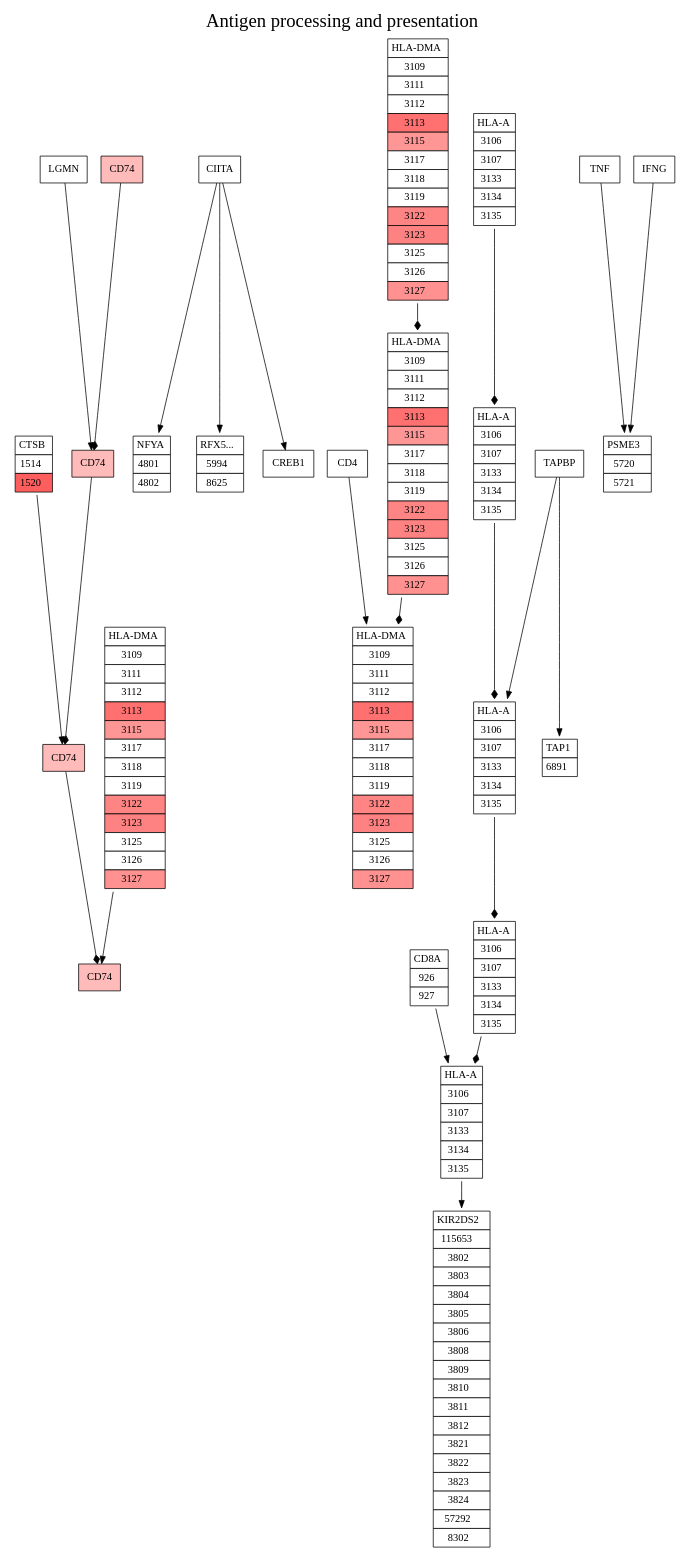
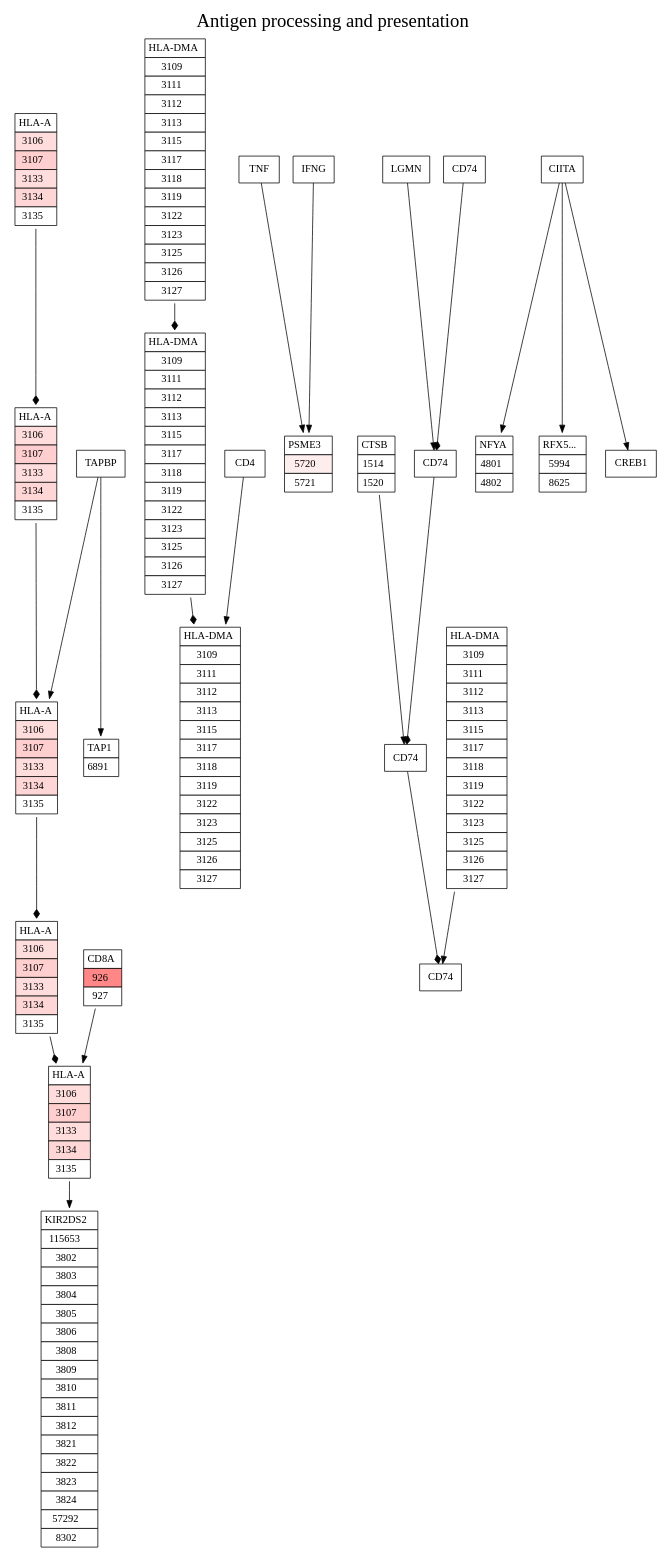
Before and after one commit to harryhaller001/keggtools: the diagram in reproducibility/figures/figure5.dot, drawn with Graphviz. The commit also changed 13 other files, not shown here.

```diff
--- a/reproducibility/figures/figure5.dot
+++ b/reproducibility/figures/figure5.dot
@@ -1,58 +1,58 @@
 digraph pathway {
-arrowhead=normal;
 bgcolor="#ffffff";
+labelloc=t;
+label="Antigen processing and presentation";
 fontsize=25;
-label="Antigen processing and presentation";
-labelloc=t;
 rankdir=TB;
 splines=normal;
-17 [color="#000000", fillcolor="#ffbaba", label=CD74, shape=rectangle, style=filled];
-18 [color="#000000", fillcolor="#ffbaba", label=CD74, shape=rectangle, style=filled];
-19 [color="#000000", fillcolor="#ffffff", label=<<table border="0" cellborder="1" cellpadding="4" cellspacing="0"><tr><td bgcolor="#ffffff">HLA-DMA</td></tr><tr><td bgcolor="#ffffff">3109</td></tr><tr><td bgcolor="#ffffff">3111</td></tr><tr><td bgcolor="#ffffff">3112</td></tr><tr><td bgcolor="#ff7070">3113</td></tr><tr><td bgcolor="#ff9696">3115</td></tr><tr><td bgcolor="#ffffff">3117</td></tr><tr><td bgcolor="#ffffff">3118</td></tr><tr><td bgcolor="#ffffff">3119</td></tr><tr><td bgcolor="#ff8484">3122</td></tr><tr><td bgcolor="#ff8282">3123</td></tr><tr><td bgcolor="#ffffff">3125</td></tr><tr><td bgcolor="#ffffff">3126</td></tr><tr><td bgcolor="#ff9191">3127</td></tr></table>>, shape=plaintext, style=filled];
-20 [color="#000000", fillcolor="#ffffff", label=<<table border="0" cellborder="1" cellpadding="4" cellspacing="0"><tr><td bgcolor="#ffffff">NFYA</td></tr><tr><td bgcolor="#ffffff">4801</td></tr><tr><td bgcolor="#ffffff">4802</td></tr></table>>, shape=plaintext, style=filled];
-21 [color="#000000", fillcolor="#ffffff", label=<<table border="0" cellborder="1" cellpadding="4" cellspacing="0"><tr><td bgcolor="#ffffff">RFX5...</td></tr><tr><td bgcolor="#ffffff">5994</td></tr><tr><td bgcolor="#ffffff">8625</td></tr></table>>, shape=plaintext, style=filled];
-22 [color="#000000", fillcolor="#ffffff", label=CREB1, shape=rectangle, style=filled];
-23 [color="#000000", fillcolor="#ffffff", label=CIITA, shape=rectangle, style=filled];
-24 [color="#000000", fillcolor="#ffffff", label=<<table border="0" cellborder="1" cellpadding="4" cellspacing="0"><tr><td bgcolor="#ffffff">CTSB</td></tr><tr><td bgcolor="#ffffff">1514</td></tr><tr><td bgcolor="#ff5e5e">1520</td></tr></table>>, shape=plaintext, style=filled];
-25 [color="#000000", fillcolor="#ffffff", label=LGMN, shape=rectangle, style=filled];
-26 [color="#000000", fillcolor="#ffbaba", label=CD74, shape=rectangle, style=filled];
-27 [color="#000000", fillcolor="#ffbaba", label=CD74, shape=rectangle, style=filled];
-33 [color="#000000", fillcolor="#ffffff", label=CD4, shape=rectangle, style=filled];
-34 [color="#000000", fillcolor="#ffffff", label=<<table border="0" cellborder="1" cellpadding="4" cellspacing="0"><tr><td bgcolor="#ffffff">KIR2DS2</td></tr><tr><td bgcolor="#ffffff">115653</td></tr><tr><td bgcolor="#ffffff">3802</td></tr><tr><td bgcolor="#ffffff">3803</td></tr><tr><td bgcolor="#ffffff">3804</td></tr><tr><td bgcolor="#ffffff">3805</td></tr><tr><td bgcolor="#ffffff">3806</td></tr><tr><td bgcolor="#ffffff">3808</td></tr><tr><td bgcolor="#ffffff">3809</td></tr><tr><td bgcolor="#ffffff">3810</td></tr><tr><td bgcolor="#ffffff">3811</td></tr><tr><td bgcolor="#ffffff">3812</td></tr><tr><td bgcolor="#ffffff">3821</td></tr><tr><td bgcolor="#ffffff">3822</td></tr><tr><td bgcolor="#ffffff">3823</td></tr><tr><td bgcolor="#ffffff">3824</td></tr><tr><td bgcolor="#ffffff">57292</td></tr><tr><td bgcolor="#ffffff">8302</td></tr></table>>, shape=plaintext, style=filled];
-35 [color="#000000", fillcolor="#ffffff", label=<<table border="0" cellborder="1" cellpadding="4" cellspacing="0"><tr><td bgcolor="#ffffff">CD8A</td></tr><tr><td bgcolor="#ffffff">926</td></tr><tr><td bgcolor="#ffffff">927</td></tr></table>>, shape=plaintext, style=filled];
-36 [color="#000000", fillcolor="#ffffff", label=TAPBP, shape=rectangle, style=filled];
-42 [color="#000000", fillcolor="#ffffff", label=<<table border="0" cellborder="1" cellpadding="4" cellspacing="0"><tr><td bgcolor="#ffffff">HLA-A</td></tr><tr><td bgcolor="#ffffff">3106</td></tr><tr><td bgcolor="#ffffff">3107</td></tr><tr><td bgcolor="#ffffff">3133</td></tr><tr><td bgcolor="#ffffff">3134</td></tr><tr><td bgcolor="#ffffff">3135</td></tr></table>>, shape=plaintext, style=filled];
-43 [color="#000000", fillcolor="#ffffff", label=<<table border="0" cellborder="1" cellpadding="4" cellspacing="0"><tr><td bgcolor="#ffffff">HLA-DMA</td></tr><tr><td bgcolor="#ffffff">3109</td></tr><tr><td bgcolor="#ffffff">3111</td></tr><tr><td bgcolor="#ffffff">3112</td></tr><tr><td bgcolor="#ff7070">3113</td></tr><tr><td bgcolor="#ff9696">3115</td></tr><tr><td bgcolor="#ffffff">3117</td></tr><tr><td bgcolor="#ffffff">3118</td></tr><tr><td bgcolor="#ffffff">3119</td></tr><tr><td bgcolor="#ff8484">3122</td></tr><tr><td bgcolor="#ff8282">3123</td></tr><tr><td bgcolor="#ffffff">3125</td></tr><tr><td bgcolor="#ffffff">3126</td></tr><tr><td bgcolor="#ff9191">3127</td></tr></table>>, shape=plaintext, style=filled];
-44 [color="#000000", fillcolor="#ffffff", label=<<table border="0" cellborder="1" cellpadding="4" cellspacing="0"><tr><td bgcolor="#ffffff">HLA-DMA</td></tr><tr><td bgcolor="#ffffff">3109</td></tr><tr><td bgcolor="#ffffff">3111</td></tr><tr><td bgcolor="#ffffff">3112</td></tr><tr><td bgcolor="#ff7070">3113</td></tr><tr><td bgcolor="#ff9696">3115</td></tr><tr><td bgcolor="#ffffff">3117</td></tr><tr><td bgcolor="#ffffff">3118</td></tr><tr><td bgcolor="#ffffff">3119</td></tr><tr><td bgcolor="#ff8484">3122</td></tr><tr><td bgcolor="#ff8282">3123</td></tr><tr><td bgcolor="#ffffff">3125</td></tr><tr><td bgcolor="#ffffff">3126</td></tr><tr><td bgcolor="#ff9191">3127</td></tr></table>>, shape=plaintext, style=filled];
-45 [color="#000000", fillcolor="#ffffff", label=<<table border="0" cellborder="1" cellpadding="4" cellspacing="0"><tr><td bgcolor="#ffffff">HLA-DMA</td></tr><tr><td bgcolor="#ffffff">3109</td></tr><tr><td bgcolor="#ffffff">3111</td></tr><tr><td bgcolor="#ffffff">3112</td></tr><tr><td bgcolor="#ff7070">3113</td></tr><tr><td bgcolor="#ff9696">3115</td></tr><tr><td bgcolor="#ffffff">3117</td></tr><tr><td bgcolor="#ffffff">3118</td></tr><tr><td bgcolor="#ffffff">3119</td></tr><tr><td bgcolor="#ff8484">3122</td></tr><tr><td bgcolor="#ff8282">3123</td></tr><tr><td bgcolor="#ffffff">3125</td></tr><tr><td bgcolor="#ffffff">3126</td></tr><tr><td bgcolor="#ff9191">3127</td></tr></table>>, shape=plaintext, style=filled];
-46 [color="#000000", fillcolor="#ffffff", label=<<table border="0" cellborder="1" cellpadding="4" cellspacing="0"><tr><td bgcolor="#ffffff">HLA-A</td></tr><tr><td bgcolor="#ffffff">3106</td></tr><tr><td bgcolor="#ffffff">3107</td></tr><tr><td bgcolor="#ffffff">3133</td></tr><tr><td bgcolor="#ffffff">3134</td></tr><tr><td bgcolor="#ffffff">3135</td></tr></table>>, shape=plaintext, style=filled];
-47 [color="#000000", fillcolor="#ffffff", label=<<table border="0" cellborder="1" cellpadding="4" cellspacing="0"><tr><td bgcolor="#ffffff">HLA-A</td></tr><tr><td bgcolor="#ffffff">3106</td></tr><tr><td bgcolor="#ffffff">3107</td></tr><tr><td bgcolor="#ffffff">3133</td></tr><tr><td bgcolor="#ffffff">3134</td></tr><tr><td bgcolor="#ffffff">3135</td></tr></table>>, shape=plaintext, style=filled];
-48 [color="#000000", fillcolor="#ffffff", label=<<table border="0" cellborder="1" cellpadding="4" cellspacing="0"><tr><td bgcolor="#ffffff">HLA-A</td></tr><tr><td bgcolor="#ffffff">3106</td></tr><tr><td bgcolor="#ffffff">3107</td></tr><tr><td bgcolor="#ffffff">3133</td></tr><tr><td bgcolor="#ffffff">3134</td></tr><tr><td bgcolor="#ffffff">3135</td></tr></table>>, shape=plaintext, style=filled];
-49 [color="#000000", fillcolor="#ffffff", label=<<table border="0" cellborder="1" cellpadding="4" cellspacing="0"><tr><td bgcolor="#ffffff">TAP1</td></tr><tr><td bgcolor="#ffffff">6891</td></tr></table>>, shape=plaintext, style=filled];
-50 [color="#000000", fillcolor="#ffffff", label=<<table border="0" cellborder="1" cellpadding="4" cellspacing="0"><tr><td bgcolor="#ffffff">HLA-A</td></tr><tr><td bgcolor="#ffffff">3106</td></tr><tr><td bgcolor="#ffffff">3107</td></tr><tr><td bgcolor="#ffffff">3133</td></tr><tr><td bgcolor="#ffffff">3134</td></tr><tr><td bgcolor="#ffffff">3135</td></tr></table>>, shape=plaintext, style=filled];
-55 [color="#000000", fillcolor="#ffffff", label=<<table border="0" cellborder="1" cellpadding="4" cellspacing="0"><tr><td bgcolor="#ffffff">PSME3</td></tr><tr><td bgcolor="#ffffff">5720</td></tr><tr><td bgcolor="#ffffff">5721</td></tr></table>>, shape=plaintext, style=filled];
-56 [color="#000000", fillcolor="#ffffff", label=TNF, shape=rectangle, style=filled];
-57 [color="#000000", fillcolor="#ffffff", label=IFNG, shape=rectangle, style=filled];
-42 -> 50  [arrowhead=diamond, style=solid];
-50 -> 48  [arrowhead=diamond, style=solid];
-48 -> 47  [arrowhead=diamond, style=solid];
-47 -> 46  [arrowhead=diamond, style=solid];
-43 -> 45  [arrowhead=diamond, style=solid];
-45 -> 44  [arrowhead=diamond, style=solid];
-26 -> 27  [arrowhead=diamond, style=solid];
-27 -> 18  [arrowhead=diamond, style=solid];
-18 -> 17  [arrowhead=diamond, style=solid];
-57 -> 55  [arrowhead=normal, style=solid];
-56 -> 55  [arrowhead=normal, style=solid];
-23 -> 21  [arrowhead=normal, style=solid];
-23 -> 22  [arrowhead=normal, style=solid];
-23 -> 20  [arrowhead=normal, style=solid];
-46 -> 34  [arrowhead=normal, style=solid];
-35 -> 46  [arrowhead=normal, style=solid];
-33 -> 44  [arrowhead=normal, style=solid];
-19 -> 17  [arrowhead=normal, style=solid];
-24 -> 18  [arrowhead=normal, style=solid];
-25 -> 27  [arrowhead=normal, style=solid];
-36 -> 48  [arrowhead=normal, style=solid];
-36 -> 49  [arrowhead=normal, style=solid];
+arrowhead=normal;
+42 [label=<<table border="0" cellborder="1" cellspacing="0" cellpadding="4"><tr><td bgcolor="#ffffff">HLA-A</td></tr><tr><td bgcolor="#ffdddd">3106</td></tr><tr><td bgcolor="#ffcece">3107</td></tr><tr><td bgcolor="#ffdddd">3133</td></tr><tr><td bgcolor="#ffd6d6">3134</td></tr><tr><td bgcolor="#ffffff">3135</td></tr></table>>, shape=plaintext, style=filled, color="#000000", fillcolor="#ffffff"];
+43 [label=<<table border="0" cellborder="1" cellspacing="0" cellpadding="4"><tr><td bgcolor="#ffffff">HLA-DMA</td></tr><tr><td bgcolor="#ffffff">3109</td></tr><tr><td bgcolor="#ffffff">3111</td></tr><tr><td bgcolor="#ffffff">3112</td></tr><tr><td bgcolor="#ffffff">3113</td></tr><tr><td bgcolor="#ffffff">3115</td></tr><tr><td bgcolor="#ffffff">3117</td></tr><tr><td bgcolor="#ffffff">3118</td></tr><tr><td bgcolor="#ffffff">3119</td></tr><tr><td bgcolor="#ffffff">3122</td></tr><tr><td bgcolor="#ffffff">3123</td></tr><tr><td bgcolor="#ffffff">3125</td></tr><tr><td bgcolor="#ffffff">3126</td></tr><tr><td bgcolor="#ffffff">3127</td></tr></table>>, shape=plaintext, style=filled, color="#000000", fillcolor="#ffffff"];
+44 [label=<<table border="0" cellborder="1" cellspacing="0" cellpadding="4"><tr><td bgcolor="#ffffff">HLA-DMA</td></tr><tr><td bgcolor="#ffffff">3109</td></tr><tr><td bgcolor="#ffffff">3111</td></tr><tr><td bgcolor="#ffffff">3112</td></tr><tr><td bgcolor="#ffffff">3113</td></tr><tr><td bgcolor="#ffffff">3115</td></tr><tr><td bgcolor="#ffffff">3117</td></tr><tr><td bgcolor="#ffffff">3118</td></tr><tr><td bgcolor="#ffffff">3119</td></tr><tr><td bgcolor="#ffffff">3122</td></tr><tr><td bgcolor="#ffffff">3123</td></tr><tr><td bgcolor="#ffffff">3125</td></tr><tr><td bgcolor="#ffffff">3126</td></tr><tr><td bgcolor="#ffffff">3127</td></tr></table>>, shape=plaintext, style=filled, color="#000000", fillcolor="#ffffff"];
+45 [label=<<table border="0" cellborder="1" cellspacing="0" cellpadding="4"><tr><td bgcolor="#ffffff">HLA-DMA</td></tr><tr><td bgcolor="#ffffff">3109</td></tr><tr><td bgcolor="#ffffff">3111</td></tr><tr><td bgcolor="#ffffff">3112</td></tr><tr><td bgcolor="#ffffff">3113</td></tr><tr><td bgcolor="#ffffff">3115</td></tr><tr><td bgcolor="#ffffff">3117</td></tr><tr><td bgcolor="#ffffff">3118</td></tr><tr><td bgcolor="#ffffff">3119</td></tr><tr><td bgcolor="#ffffff">3122</td></tr><tr><td bgcolor="#ffffff">3123</td></tr><tr><td bgcolor="#ffffff">3125</td></tr><tr><td bgcolor="#ffffff">3126</td></tr><tr><td bgcolor="#ffffff">3127</td></tr></table>>, shape=plaintext, style=filled, color="#000000", fillcolor="#ffffff"];
+46 [label=<<table border="0" cellborder="1" cellspacing="0" cellpadding="4"><tr><td bgcolor="#ffffff">HLA-A</td></tr><tr><td bgcolor="#ffdddd">3106</td></tr><tr><td bgcolor="#ffcece">3107</td></tr><tr><td bgcolor="#ffdddd">3133</td></tr><tr><td bgcolor="#ffd6d6">3134</td></tr><tr><td bgcolor="#ffffff">3135</td></tr></table>>, shape=plaintext, style=filled, color="#000000", fillcolor="#ffffff"];
+47 [label=<<table border="0" cellborder="1" cellspacing="0" cellpadding="4"><tr><td bgcolor="#ffffff">HLA-A</td></tr><tr><td bgcolor="#ffdddd">3106</td></tr><tr><td bgcolor="#ffcece">3107</td></tr><tr><td bgcolor="#ffdddd">3133</td></tr><tr><td bgcolor="#ffd6d6">3134</td></tr><tr><td bgcolor="#ffffff">3135</td></tr></table>>, shape=plaintext, style=filled, color="#000000", fillcolor="#ffffff"];
+48 [label=<<table border="0" cellborder="1" cellspacing="0" cellpadding="4"><tr><td bgcolor="#ffffff">HLA-A</td></tr><tr><td bgcolor="#ffdddd">3106</td></tr><tr><td bgcolor="#ffcece">3107</td></tr><tr><td bgcolor="#ffdddd">3133</td></tr><tr><td bgcolor="#ffd6d6">3134</td></tr><tr><td bgcolor="#ffffff">3135</td></tr></table>>, shape=plaintext, style=filled, color="#000000", fillcolor="#ffffff"];
+49 [label=<<table border="0" cellborder="1" cellspacing="0" cellpadding="4"><tr><td bgcolor="#ffffff">TAP1</td></tr><tr><td bgcolor="#ffffff">6891</td></tr></table>>, shape=plaintext, style=filled, color="#000000", fillcolor="#ffffff"];
+50 [label=<<table border="0" cellborder="1" cellspacing="0" cellpadding="4"><tr><td bgcolor="#ffffff">HLA-A</td></tr><tr><td bgcolor="#ffdddd">3106</td></tr><tr><td bgcolor="#ffcece">3107</td></tr><tr><td bgcolor="#ffdddd">3133</td></tr><tr><td bgcolor="#ffd6d6">3134</td></tr><tr><td bgcolor="#ffffff">3135</td></tr></table>>, shape=plaintext, style=filled, color="#000000", fillcolor="#ffffff"];
+55 [label=<<table border="0" cellborder="1" cellspacing="0" cellpadding="4"><tr><td bgcolor="#ffffff">PSME3</td></tr><tr><td bgcolor="#feeded">5720</td></tr><tr><td bgcolor="#ffffff">5721</td></tr></table>>, shape=plaintext, style=filled, color="#000000", fillcolor="#ffffff"];
+56 [label=TNF, shape=rectangle, style=filled, color="#000000", fillcolor="#ffffff"];
+57 [label=IFNG, shape=rectangle, style=filled, color="#000000", fillcolor="#ffffff"];
+17 [label=CD74, shape=rectangle, style=filled, color="#000000", fillcolor="#ffffff"];
+18 [label=CD74, shape=rectangle, style=filled, color="#000000", fillcolor="#ffffff"];
+19 [label=<<table border="0" cellborder="1" cellspacing="0" cellpadding="4"><tr><td bgcolor="#ffffff">HLA-DMA</td></tr><tr><td bgcolor="#ffffff">3109</td></tr><tr><td bgcolor="#ffffff">3111</td></tr><tr><td bgcolor="#ffffff">3112</td></tr><tr><td bgcolor="#ffffff">3113</td></tr><tr><td bgcolor="#ffffff">3115</td></tr><tr><td bgcolor="#ffffff">3117</td></tr><tr><td bgcolor="#ffffff">3118</td></tr><tr><td bgcolor="#ffffff">3119</td></tr><tr><td bgcolor="#ffffff">3122</td></tr><tr><td bgcolor="#ffffff">3123</td></tr><tr><td bgcolor="#ffffff">3125</td></tr><tr><td bgcolor="#ffffff">3126</td></tr><tr><td bgcolor="#ffffff">3127</td></tr></table>>, shape=plaintext, style=filled, color="#000000", fillcolor="#ffffff"];
+20 [label=<<table border="0" cellborder="1" cellspacing="0" cellpadding="4"><tr><td bgcolor="#ffffff">NFYA</td></tr><tr><td bgcolor="#ffffff">4801</td></tr><tr><td bgcolor="#ffffff">4802</td></tr></table>>, shape=plaintext, style=filled, color="#000000", fillcolor="#ffffff"];
+21 [label=<<table border="0" cellborder="1" cellspacing="0" cellpadding="4"><tr><td bgcolor="#ffffff">RFX5...</td></tr><tr><td bgcolor="#ffffff">5994</td></tr><tr><td bgcolor="#ffffff">8625</td></tr></table>>, shape=plaintext, style=filled, color="#000000", fillcolor="#ffffff"];
+22 [label=CREB1, shape=rectangle, style=filled, color="#000000", fillcolor="#ffffff"];
+23 [label=CIITA, shape=rectangle, style=filled, color="#000000", fillcolor="#ffffff"];
+24 [label=<<table border="0" cellborder="1" cellspacing="0" cellpadding="4"><tr><td bgcolor="#ffffff">CTSB</td></tr><tr><td bgcolor="#ffffff">1514</td></tr><tr><td bgcolor="#ffffff">1520</td></tr></table>>, shape=plaintext, style=filled, color="#000000", fillcolor="#ffffff"];
+25 [label=LGMN, shape=rectangle, style=filled, color="#000000", fillcolor="#ffffff"];
+26 [label=CD74, shape=rectangle, style=filled, color="#000000", fillcolor="#ffffff"];
+27 [label=CD74, shape=rectangle, style=filled, color="#000000", fillcolor="#ffffff"];
+33 [label=CD4, shape=rectangle, style=filled, color="#000000", fillcolor="#ffffff"];
+34 [label=<<table border="0" cellborder="1" cellspacing="0" cellpadding="4"><tr><td bgcolor="#ffffff">KIR2DS2</td></tr><tr><td bgcolor="#ffffff">115653</td></tr><tr><td bgcolor="#ffffff">3802</td></tr><tr><td bgcolor="#ffffff">3803</td></tr><tr><td bgcolor="#ffffff">3804</td></tr><tr><td bgcolor="#ffffff">3805</td></tr><tr><td bgcolor="#ffffff">3806</td></tr><tr><td bgcolor="#ffffff">3808</td></tr><tr><td bgcolor="#ffffff">3809</td></tr><tr><td bgcolor="#ffffff">3810</td></tr><tr><td bgcolor="#ffffff">3811</td></tr><tr><td bgcolor="#ffffff">3812</td></tr><tr><td bgcolor="#ffffff">3821</td></tr><tr><td bgcolor="#ffffff">3822</td></tr><tr><td bgcolor="#ffffff">3823</td></tr><tr><td bgcolor="#ffffff">3824</td></tr><tr><td bgcolor="#ffffff">57292</td></tr><tr><td bgcolor="#ffffff">8302</td></tr></table>>, shape=plaintext, style=filled, color="#000000", fillcolor="#ffffff"];
+35 [label=<<table border="0" cellborder="1" cellspacing="0" cellpadding="4"><tr><td bgcolor="#ffffff">CD8A</td></tr><tr><td bgcolor="#ff8787">926</td></tr><tr><td bgcolor="#ffffff">927</td></tr></table>>, shape=plaintext, style=filled, color="#000000", fillcolor="#ffffff"];
+36 [label=TAPBP, shape=rectangle, style=filled, color="#000000", fillcolor="#ffffff"];
+42 -> 50 [arrowhead=diamond, style=solid];
+50 -> 48 [arrowhead=diamond, style=solid];
+48 -> 47 [arrowhead=diamond, style=solid];
+47 -> 46 [arrowhead=diamond, style=solid];
+43 -> 45 [arrowhead=diamond, style=solid];
+45 -> 44 [arrowhead=diamond, style=solid];
+26 -> 27 [arrowhead=diamond, style=solid];
+27 -> 18 [arrowhead=diamond, style=solid];
+18 -> 17 [arrowhead=diamond, style=solid];
+57 -> 55 [arrowhead=normal, style=solid];
+56 -> 55 [arrowhead=normal, style=solid];
+23 -> 21 [arrowhead=normal, style=solid];
+23 -> 22 [arrowhead=normal, style=solid];
+23 -> 20 [arrowhead=normal, style=solid];
+46 -> 34 [arrowhead=normal, style=solid];
+35 -> 46 [arrowhead=normal, style=solid];
+33 -> 44 [arrowhead=normal, style=solid];
+19 -> 17 [arrowhead=normal, style=solid];
+24 -> 18 [arrowhead=normal, style=solid];
+25 -> 27 [arrowhead=normal, style=solid];
+36 -> 48 [arrowhead=normal, style=solid];
+36 -> 49 [arrowhead=normal, style=solid];
 }
```
